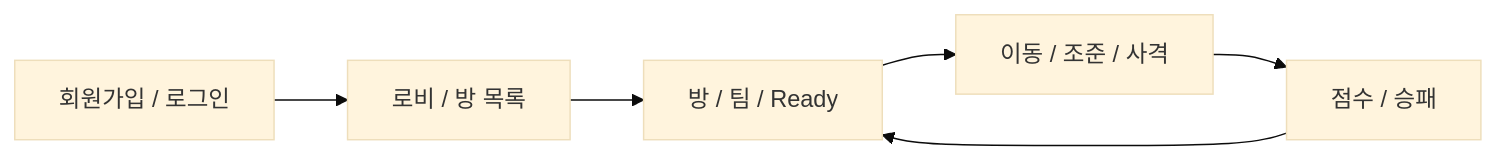
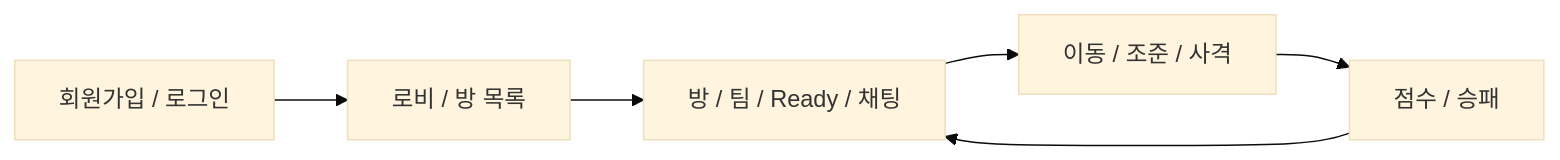
The first of 2 diagrams in README.md (JJW8584/Unreal_Project_Arena), drawn with Mermaid (base theme) before and after one commit. The commit also changed other lines of this file, not shown here.

````diff
--- a/README.md
+++ b/README.md
@@ -11,8 +11,8 @@
 ```mermaid
 flowchart LR
     Login[회원가입 / 로그인] --> Lobby[로비 / 방 목록]
-    Lobby --> Room[방 / 팀 / Ready]
+    Lobby --> Room[방 / 팀 / Ready / 채팅]
     Room --> Match[이동 / 조준 / 사격]
     Match --> Result[점수 / 승패]
     Result --> Room
 ```
````
